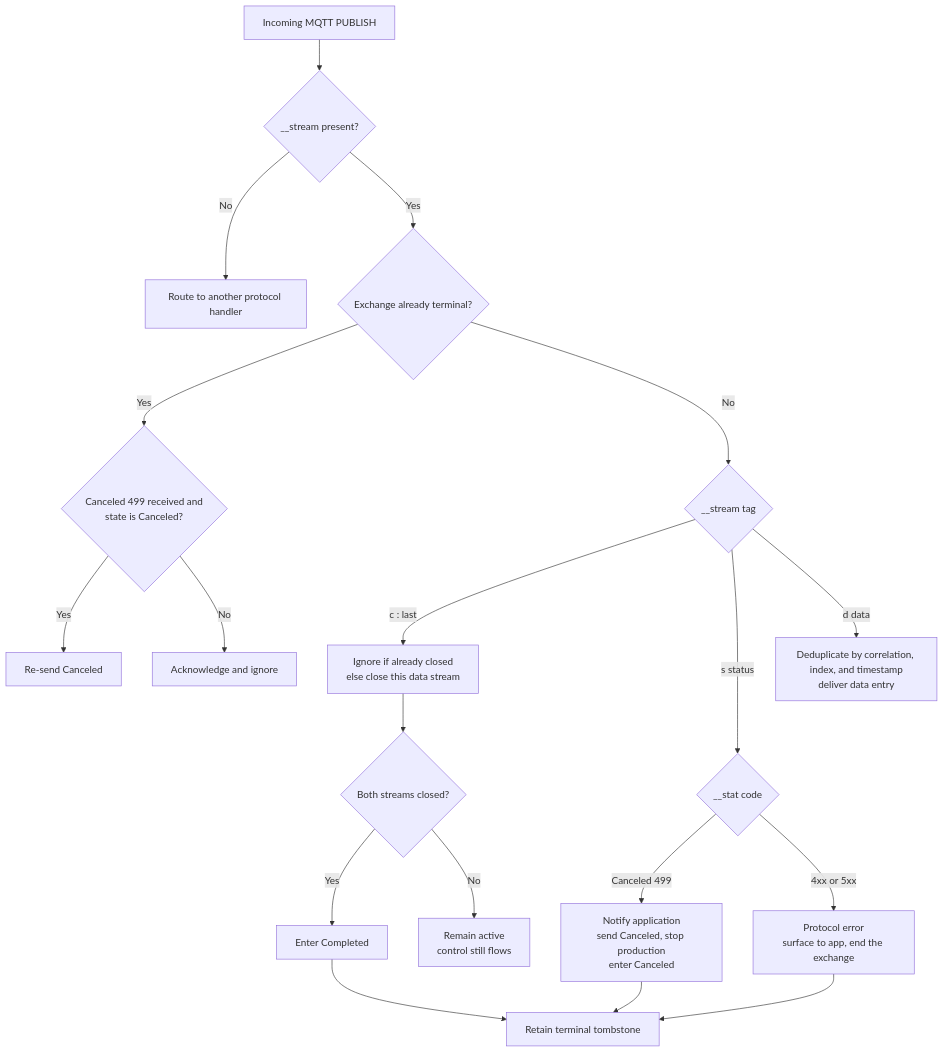
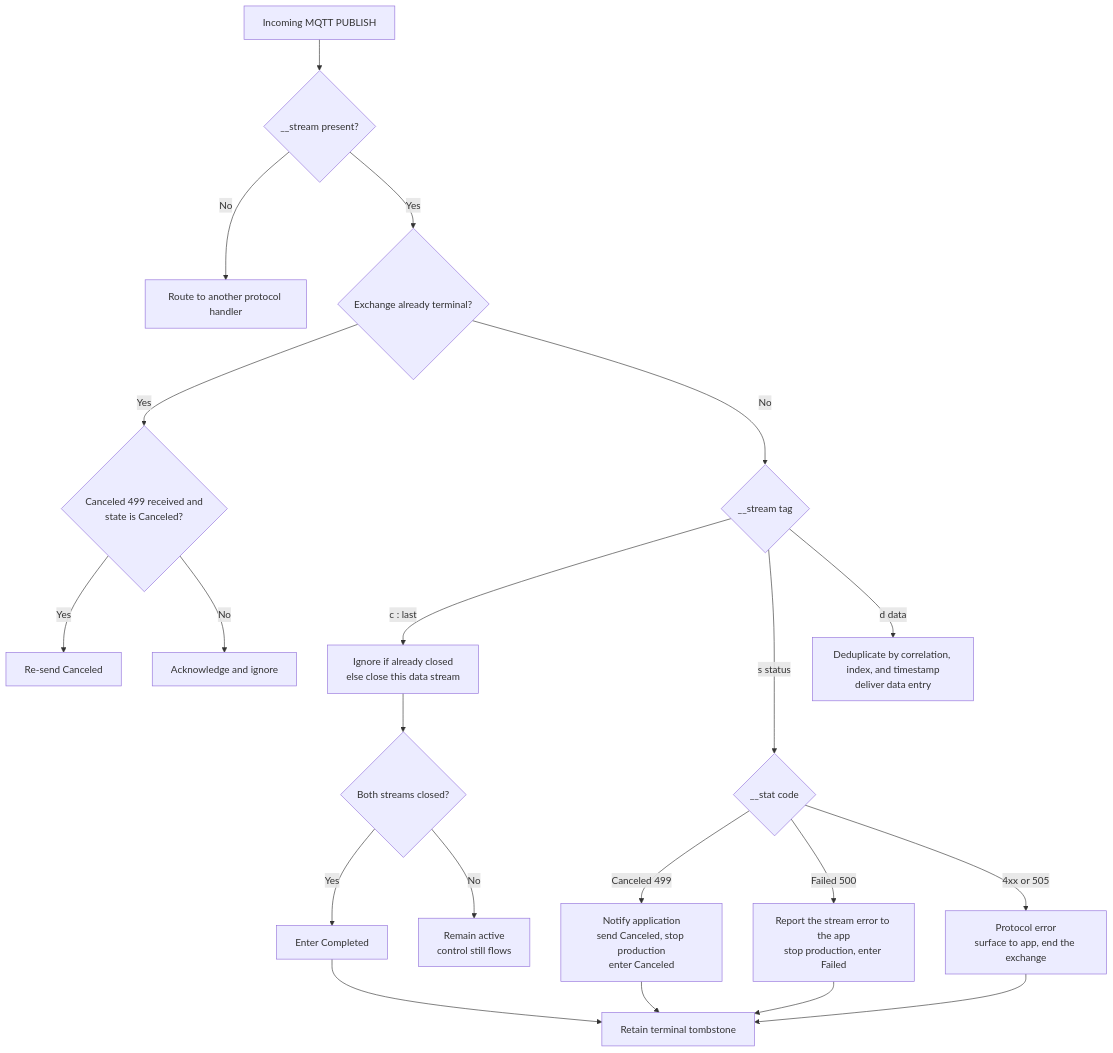
The ninth of 10 diagrams in doc/dev/adr/0025-rpc-streaming-lifecycle-diagrams.md (Azure/iot-operations-sdks), drawn with Mermaid before and after one commit. The commit also changed other lines of this file and 3 other files, not shown here.

First line of the commit message:
ADR 25: add stream failure status and error reporting

````diff
--- a/doc/dev/adr/0025-rpc-streaming-lifecycle-diagrams.md
+++ b/doc/dev/adr/0025-rpc-streaming-lifecycle-diagrams.md
@@ -360,21 +362,23 @@
 ```mermaid
 flowchart TD
     P["Incoming MQTT PUBLISH"] --> S{"__stream present?"}
     S -- "No" --> O["Route to another protocol handler"]
     S -- "Yes" --> T{"Exchange already terminal?"}
     T -- "Yes" --> RC{"Canceled 499 received and<br/>state is Canceled?"}
     RC -- "Yes" --> RA["Re-send Canceled"]
     RC -- "No" --> AI["Acknowledge and ignore"]
     T -- "No" --> TAG{"__stream tag"}
     TAG -- "c : last" --> HC["Ignore if already closed<br/>else close this data stream"]
     HC --> BC{"Both streams closed?"}
     BC -- "Yes" --> CO["Enter Completed"]
     BC -- "No" --> AC["Remain active<br/>control still flows"]
     TAG -- "s status" --> ST{"__stat code"}
     ST -- "Canceled 499" --> CAN["Notify application<br/>send Canceled, stop production<br/>enter Canceled"]
-    ST -- "4xx or 5xx" --> PE["Protocol error<br/>surface to app, end the exchange"]
+    ST -- "Failed 500" --> FA["Report the stream error to the app<br/>stop production, enter Failed"]
+    ST -- "4xx or 505" --> PE["Protocol error<br/>surface to app, end the exchange"]
     TAG -- "d data" --> D["Deduplicate by correlation, index, and timestamp<br/>deliver data entry"]
     CAN --> TS["Retain terminal tombstone"]
+    FA --> TS
     CO --> TS
     PE --> TS
 ```
````
